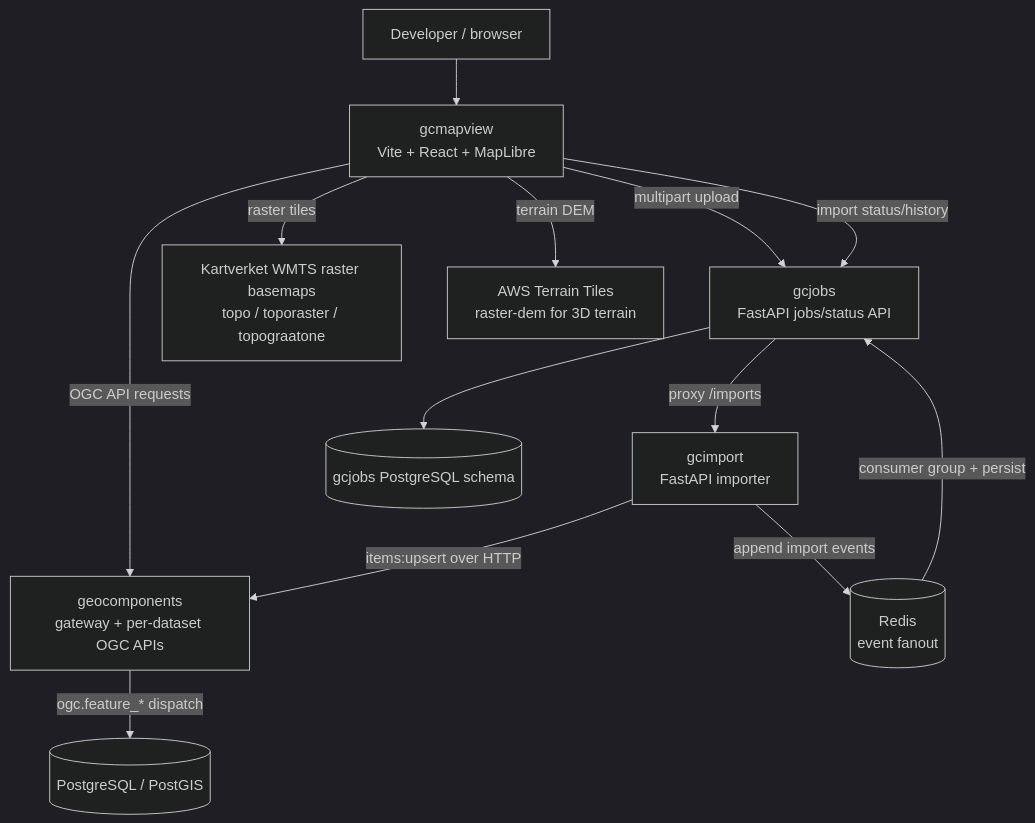
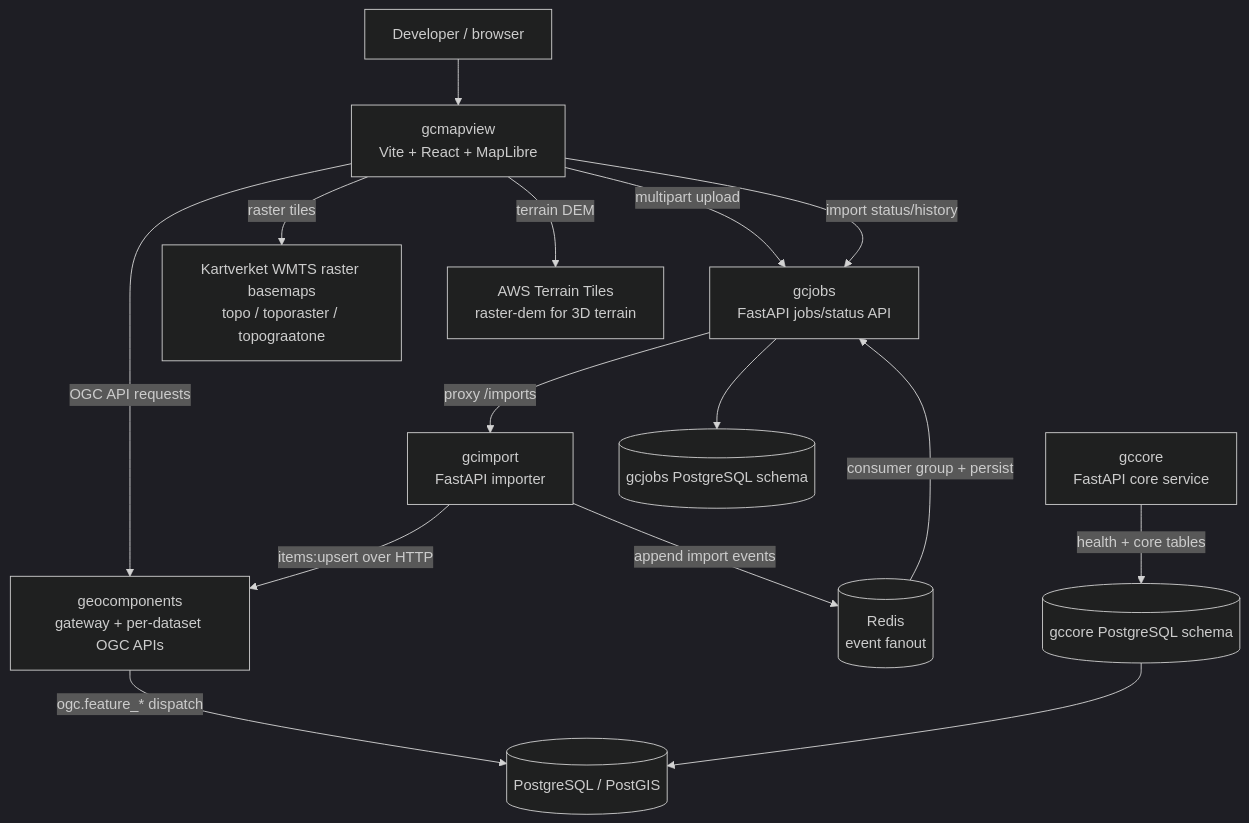
Before and after one commit to kartverket/topografisk-gdb-api: the first of 10 diagrams in docs/ARCHITECTURE.md, drawn with Mermaid (dark theme). The commit also changed other lines of this file and 25 other files, not shown here.

````diff
--- a/docs/ARCHITECTURE.md
+++ b/docs/ARCHITECTURE.md
@@ -13,26 +13,30 @@
 ```mermaid
 flowchart TB
   User["Developer / browser"]
   FE["gcmapview<br/>Vite + React + MapLibre"]
   IMP["gcimport<br/>FastAPI importer"]
   JOBS["gcjobs<br/>FastAPI jobs/status API"]
+  CORE["gccore<br/>FastAPI core service"]
   API["geocomponents<br/>gateway + per-dataset OGC APIs"]
   REDIS[("Redis<br/>event fanout")]
   DB[("PostgreSQL / PostGIS")]
   JOBDB[("gcjobs PostgreSQL schema")]
+  COREDB[("gccore PostgreSQL schema")]
   BASE["Kartverket WMTS raster basemaps<br/>topo / toporaster / topograatone"]
   TERRAIN["AWS Terrain Tiles<br/>raster-dem for 3D terrain"]
 
   User --> FE
   FE -->|multipart upload| JOBS
   FE -->|OGC API requests| API
   FE -->|import status/history| JOBS
   FE -->|raster tiles| BASE
   FE -->|terrain DEM| TERRAIN
   JOBS -->|proxy /imports| IMP
   IMP -->|items:upsert over HTTP| API
   IMP -->|append import events| REDIS
   REDIS -->|consumer group + persist| JOBS
   API -->|ogc.feature_* dispatch| DB
   JOBS --> JOBDB
+  CORE -->|health + core tables| COREDB
+  COREDB --> DB
 ```
````
